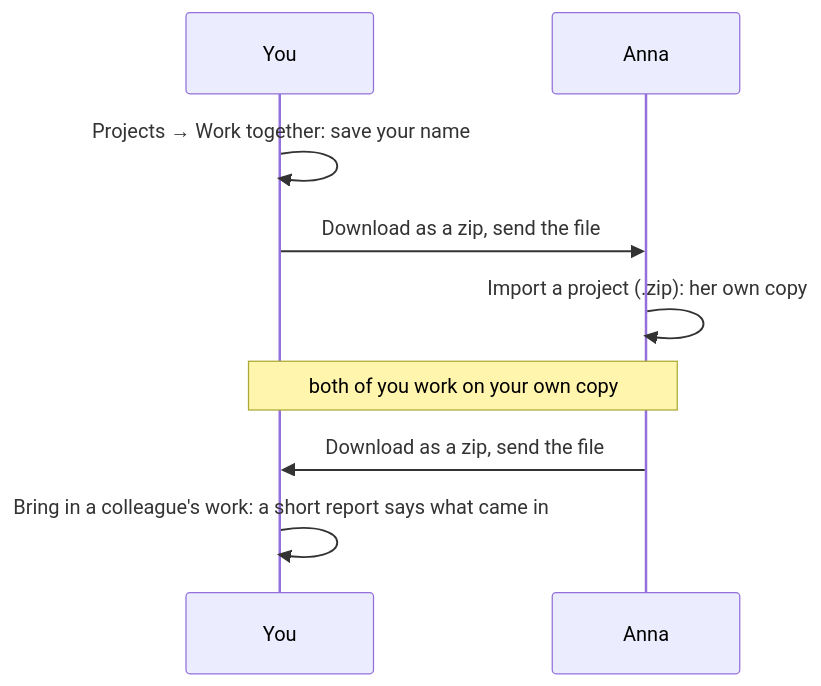
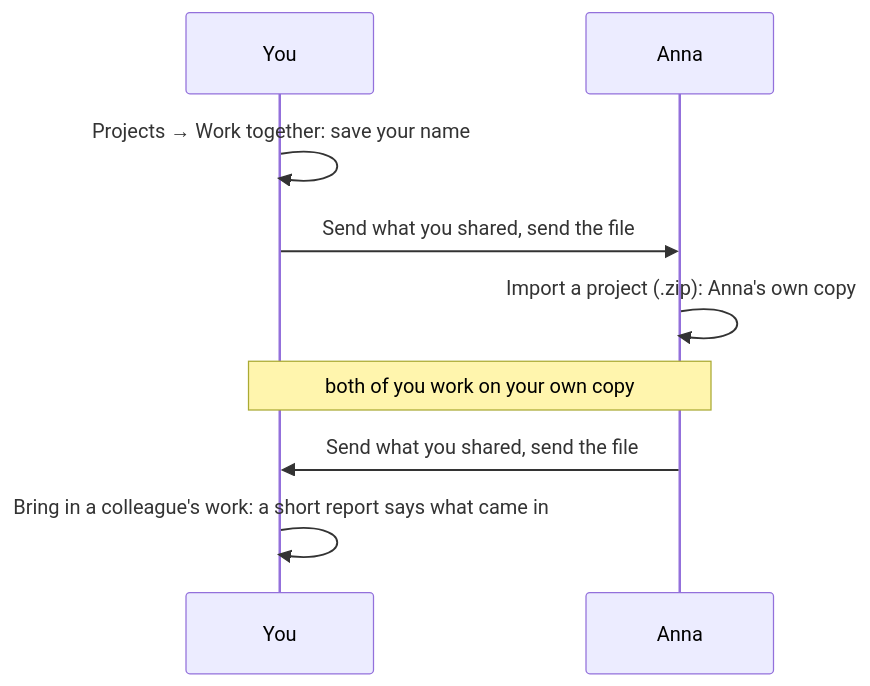
Before and after one commit to dvaud/claim_checker_demo: the second of 2 diagrams in docs/manual/together.md, drawn with Mermaid. The commit also changed other lines of this file and 140 other files, not shown here.

````diff
--- a/docs/manual/together.md
+++ b/docs/manual/together.md
@@ -12,11 +159,11 @@
 ```mermaid
 sequenceDiagram
     participant You
     participant Anna
     You->>You: Projects → Work together: save your name
-    You->>Anna: Download as a zip, send the file
-    Anna->>Anna: Import a project (.zip): her own copy
+    You->>Anna: Send what you shared, send the file
+    Anna->>Anna: Import a project (.zip): Anna's own copy
     Note over You,Anna: both of you work on your own copy
-    Anna->>You: Download as a zip, send the file
+    Anna->>You: Send what you shared, send the file
     You->>You: Bring in a colleague's work: a short report says what came in
 ```
````
